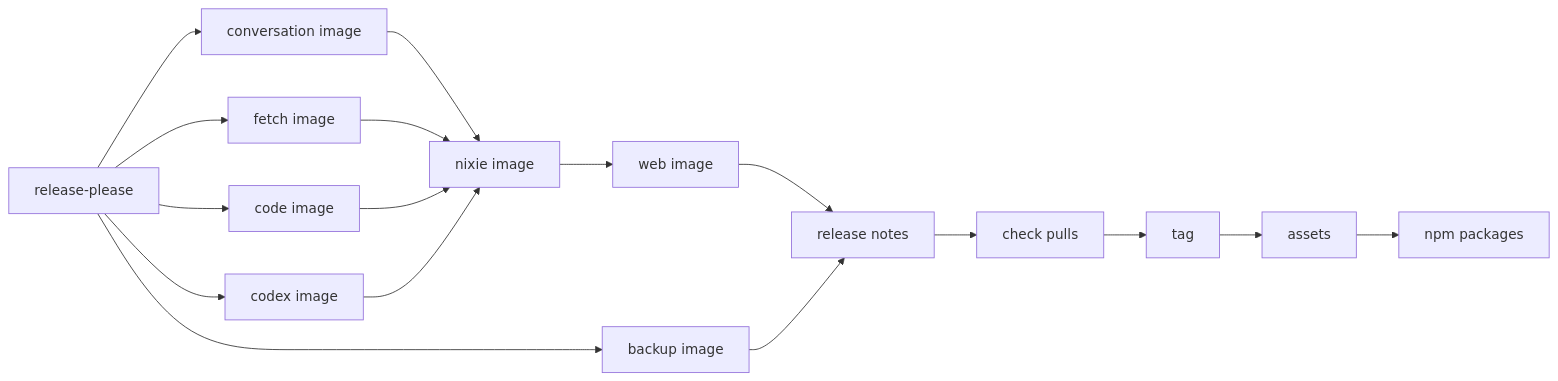
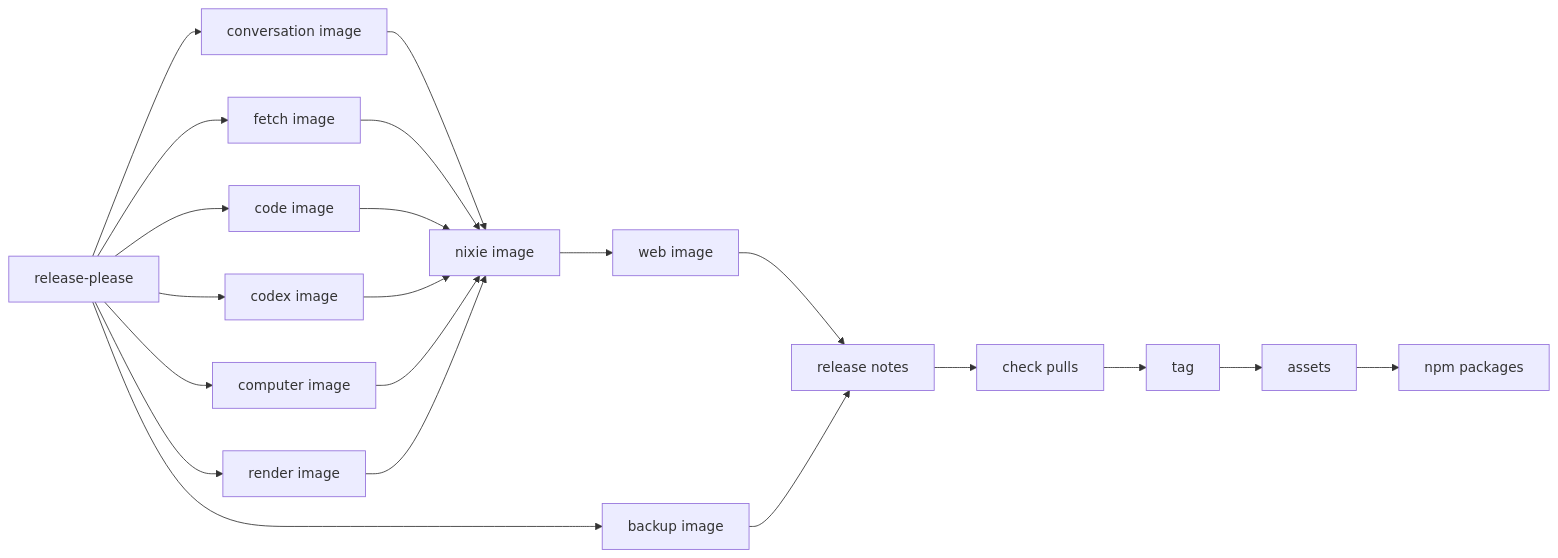
The diagram in docs/architecture/deployment/release-pipeline.md (zgeoff/nixie), drawn with Mermaid before and after one commit. The commit also changed other lines of this file and 31 other files, not shown here.

First line of the commit message:
docs: correct architecture docs that drifted from the code (#1551)

````diff
--- a/docs/architecture/deployment/release-pipeline.md
+++ b/docs/architecture/deployment/release-pipeline.md
@@ -50,20 +50,24 @@
 ```mermaid
 flowchart LR
   rp[release-please] --> conv[conversation image]
     rp --> fetch[fetch image]
   rp --> code[code image]
   rp --> codex[codex image]
+  rp --> computer[computer image]
+  rp --> render[render image]
   rp --> backup[backup image]
 
   conv --> nixie[nixie image]
   fetch --> nixie
   code --> nixie
   codex --> nixie
+  computer --> nixie
+  render --> nixie
     nixie --> web[web image]
   web --> notes[release notes]
   backup --> notes
   notes --> pulls[check pulls]
   pulls --> tag[tag]
   tag --> assets[assets]
   assets --> npm[npm packages]
 ```
````
